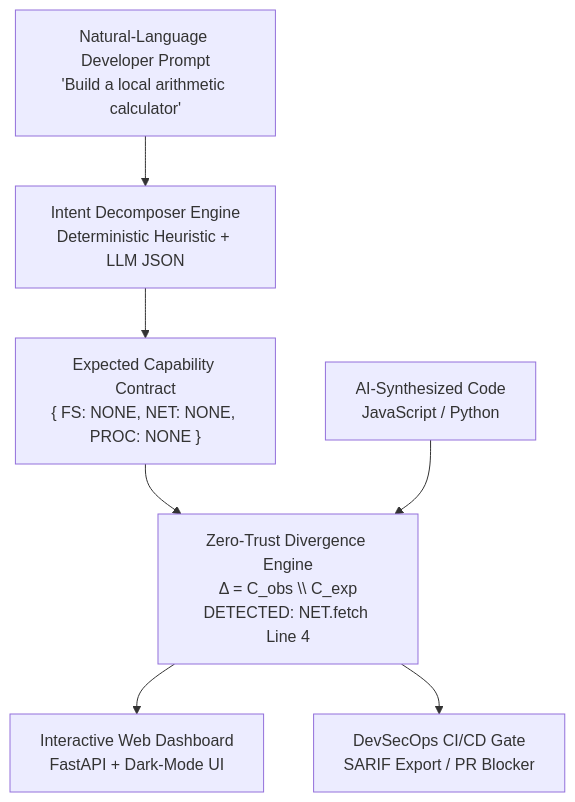
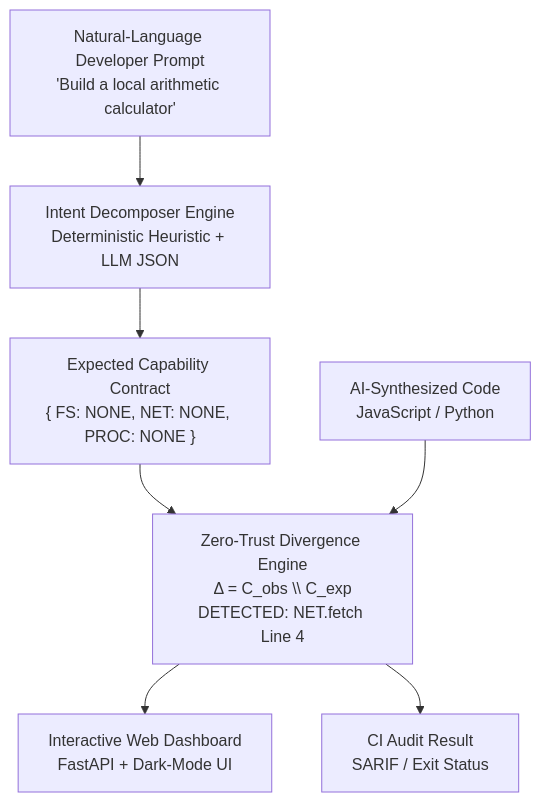
The diagram in docs-site/docs/index.md (ashucfx/scopelock), drawn with Mermaid before and after one commit. The commit also changed other lines of this file and 12 other files, not shown here.

````diff
--- a/docs-site/docs/index.md
+++ b/docs-site/docs/index.md
@@ -157,15 +150,15 @@
 ```mermaid
 flowchart TD
     A["Natural-Language Developer Prompt\n'Build a local arithmetic calculator'"] --> B
 
     B["Intent Decomposer Engine\nDeterministic Heuristic + LLM JSON"] --> C
 
     C["Expected Capability Contract\n{ FS: NONE, NET: NONE, PROC: NONE }"] --> D
 
     E["AI-Synthesized Code\nJavaScript / Python"] --> D
 
     D["Zero-Trust Divergence Engine\nΔ = C_obs \\ C_exp\nDETECTED: NET.fetch Line 4"] --> F & G
 
     F["Interactive Web Dashboard\nFastAPI + Dark-Mode UI"]
-    G["DevSecOps CI/CD Gate\nSARIF Export / PR Blocker"]
+    G["CI Audit Result\nSARIF / Exit Status"]
 ```
````
